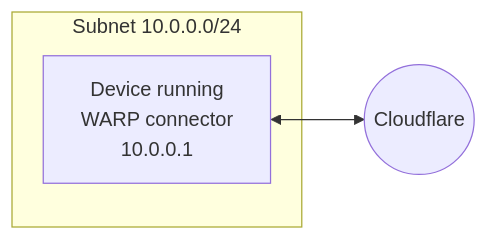
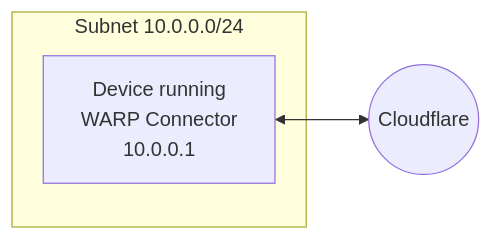
The first of 3 diagrams in content/cloudflare-one/connections/connect-networks/private-net/warp-connector.md (rdhanarot/cloudflare-docs), drawn with Mermaid before and after one commit. The commit also changed other lines of this file and 8 other files, not shown here.

Commit message:
capitalize WARP Connector (#13360)

````diff
--- a/content/cloudflare-one/connections/connect-networks/private-net/warp-connector.md
+++ b/content/cloudflare-one/connections/connect-networks/private-net/warp-connector.md
@@ -169,9 +169,9 @@
     ```mermaid
         flowchart LR
           subgraph subnet1[Subnet 10.0.0.0/24]
           router1["Device running
-            WARP connector
+            WARP Connector
             10.0.0.1"]
           end
           router1<-->C((Cloudflare))
     ```
````
